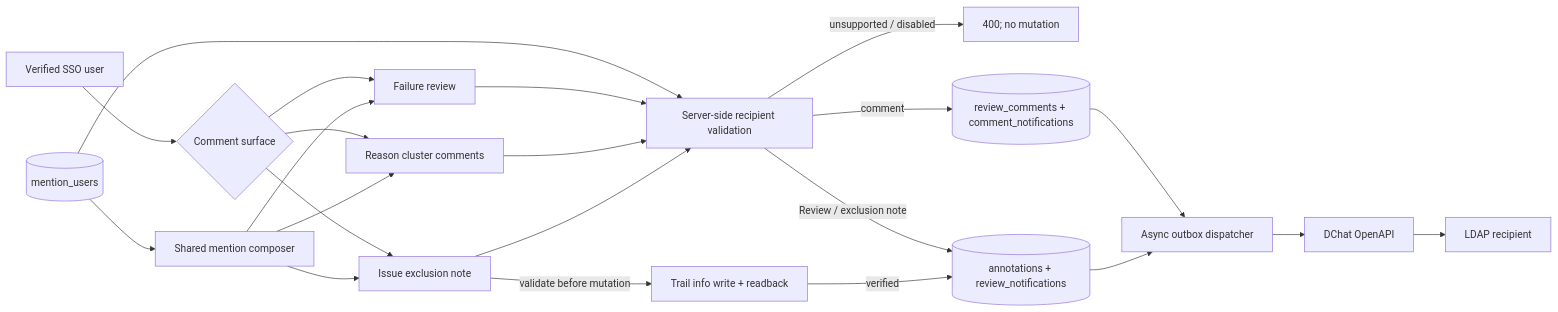
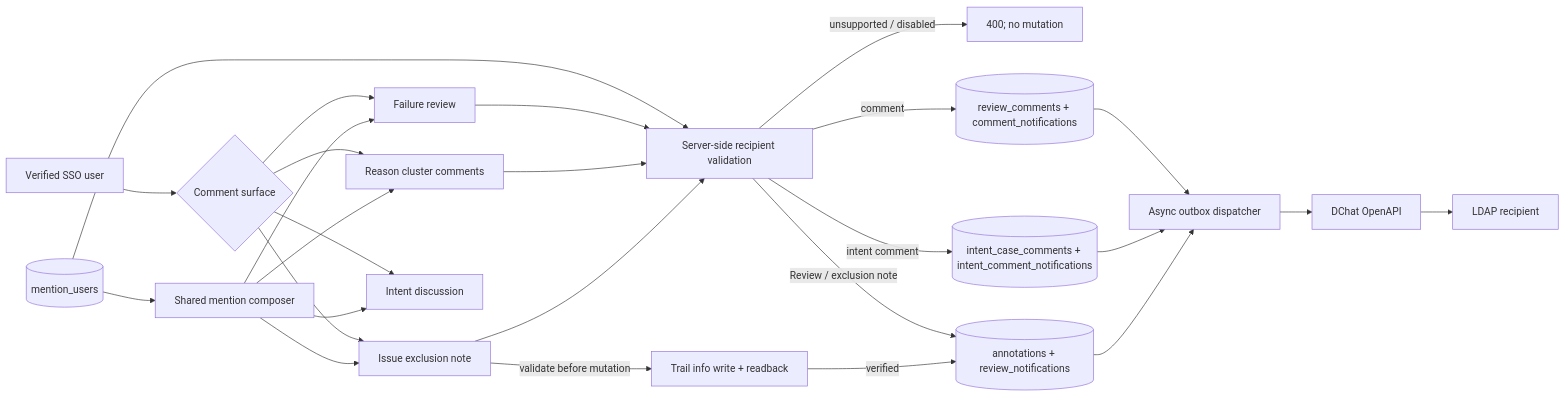
One commit to Jh271441/ra_tools changed the diagram in ra_triage_dashboard/docs/dchat-mention-architecture.md. Above: the diagram before and after it, drawn with Mermaid. The commit also changed other lines of this file and 10 other files, not shown here.

Commit message:
feat(dashboard): complete intent mention notifications

````diff
--- a/ra_triage_dashboard/docs/dchat-mention-architecture.md
+++ b/ra_triage_dashboard/docs/dchat-mention-architecture.md
@@ -3,24 +3,28 @@
 ```mermaid
 flowchart LR
   U[Verified SSO user] --> F{Comment surface}
   F --> R[Failure review]
   F --> A[Reason cluster comments]
   F --> T[Issue exclusion note]
+  F --> I[Intent discussion]
   D[(mention_users)] --> C[Shared mention composer]
   D --> V[Server-side recipient validation]
   C --> R
   C --> A
   C --> T
+  C --> I
   R --> V
   A --> V
   T --> V
   V -->|unsupported / disabled| X[400; no mutation]
   V -->|comment| CDB[(review_comments + comment_notifications)]
+  V -->|intent comment| IDB[(intent_case_comments + intent_comment_notifications)]
   V -->|Review / exclusion note| N[(annotations + review_notifications)]
   T -->|validate before mutation| W[Trail info write + readback]
   W -->|verified| N
   CDB --> Q[Async outbox dispatcher]
+  IDB --> Q
   N --> Q
   Q --> O[DChat OpenAPI]
   O --> P[LDAP recipient]
 ```
````
